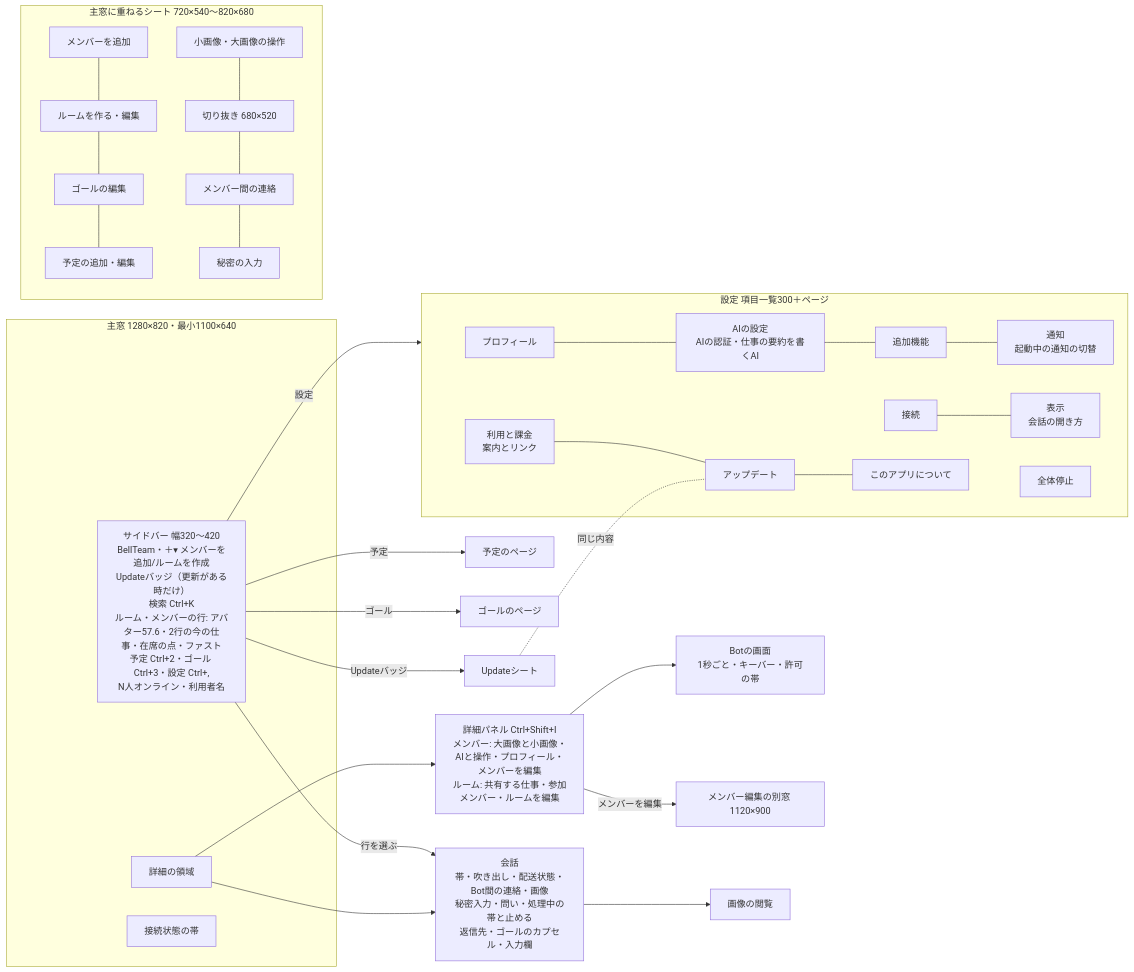
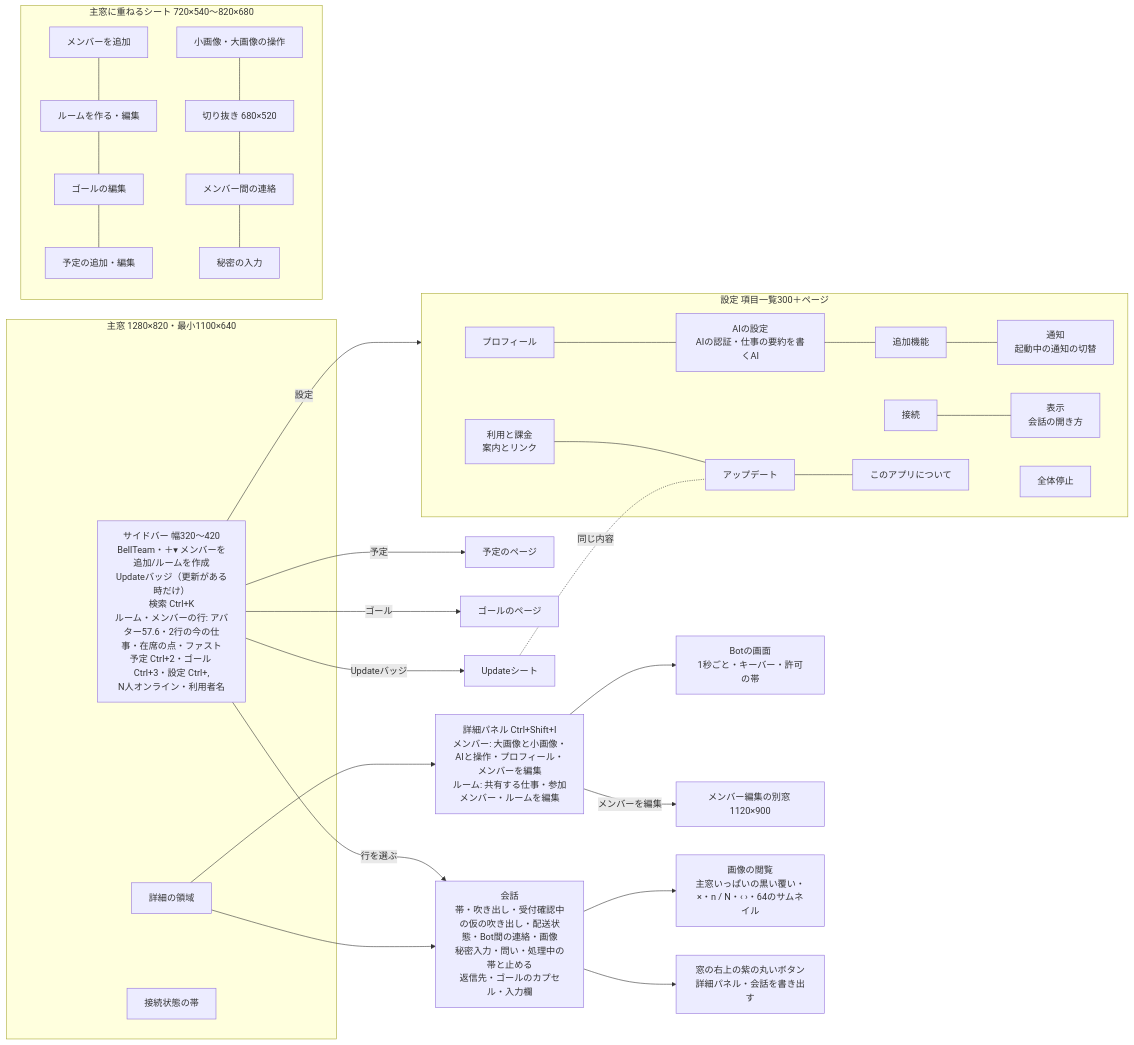
One commit to kitepon/BellTeam changed the second of 5 diagrams in docs/windows-architecture.md. Above: the diagram before and after it, drawn with Mermaid. The commit also changed 25 other files, not shown here.

````diff
--- a/docs/windows-architecture.md
+++ b/docs/windows-architecture.md
@@ -25,29 +25,30 @@
 ```mermaid
 flowchart LR
   subgraph Main[主窓 1280×820・最小1100×640]
     Sidebar[サイドバー 幅320〜420<br/>BellTeam・＋▾ メンバーを追加/ルームを作成<br/>Updateバッジ（更新がある時だけ）<br/>検索 Ctrl+K<br/>ルーム・メンバーの行: アバター57.6・2行の今の仕事・在席の点・ファスト<br/>予定 Ctrl+2・ゴール Ctrl+3・設定 Ctrl+,<br/>N人オンライン・利用者名]
     Detail[詳細の領域]
     Status[接続状態の帯]
   end
   Sidebar -->|行を選ぶ| Conversation
   Sidebar -->|予定| Schedules[予定のページ]
   Sidebar -->|ゴール| Goals[ゴールのページ]
   Sidebar -->|設定| Settings
   Sidebar -->|Updateバッジ| UpdateSheet[Updateシート]
-  Detail --> Conversation[会話<br/>帯・吹き出し・配送状態・Bot間の連絡・画像<br/>秘密入力・問い・処理中の帯と止める<br/>返信先・ゴールのカプセル・入力欄]
+  Detail --> Conversation[会話<br/>帯・吹き出し・受付確認中の仮の吹き出し・配送状態・Bot間の連絡・画像<br/>秘密入力・問い・処理中の帯と止める<br/>返信先・ゴールのカプセル・入力欄]
   Detail --> Inspector[詳細パネル Ctrl+Shift+I<br/>メンバー: 大画像と小画像・AIと操作・プロフィール・メンバーを編集<br/>ルーム: 共有する仕事・参加メンバー・ルームを編集]
   Inspector --> Screen[Botの画面<br/>1秒ごと・キーバー・許可の帯]
   subgraph Settings[設定 項目一覧300＋ページ]
     S1[プロフィール] --- S2[AIの設定<br/>AIの認証・仕事の要約を書くAI] --- S3[追加機能] --- S4[通知<br/>起動中の通知の切替]
     S5[接続] --- S6[表示<br/>会話の開き方]
     S7[利用と課金<br/>案内とリンク] --- S8[アップデート] --- S9[このアプリについて]
     S10[全体停止]
   end
   subgraph Sheets[主窓に重ねるシート 720×540〜820×680]
     MemberSheet[メンバーを追加] --- RoomSheet[ルームを作る・編集] --- GoalSheet[ゴールの編集] --- ScheduleSheet[予定の追加・編集]
     ImageSheet[小画像・大画像の操作] --- Crop[切り抜き 680×520] --- PeerSheet[メンバー間の連絡] --- SecretSheet[秘密の入力]
   end
   Inspector -->|メンバーを編集| MemberWindow[メンバー編集の別窓 1120×900]
-  Conversation --> Gallery[画像の閲覧]
+  Conversation --> Gallery[画像の閲覧<br/>主窓いっぱいの黒い覆い・×・n / N・‹ ›・64のサムネイル]
+  Conversation --> Corner[窓の右上の紫の丸いボタン<br/>詳細パネル・会話を書き出す]
   UpdateSheet -.同じ内容.- S8
 ```
````
